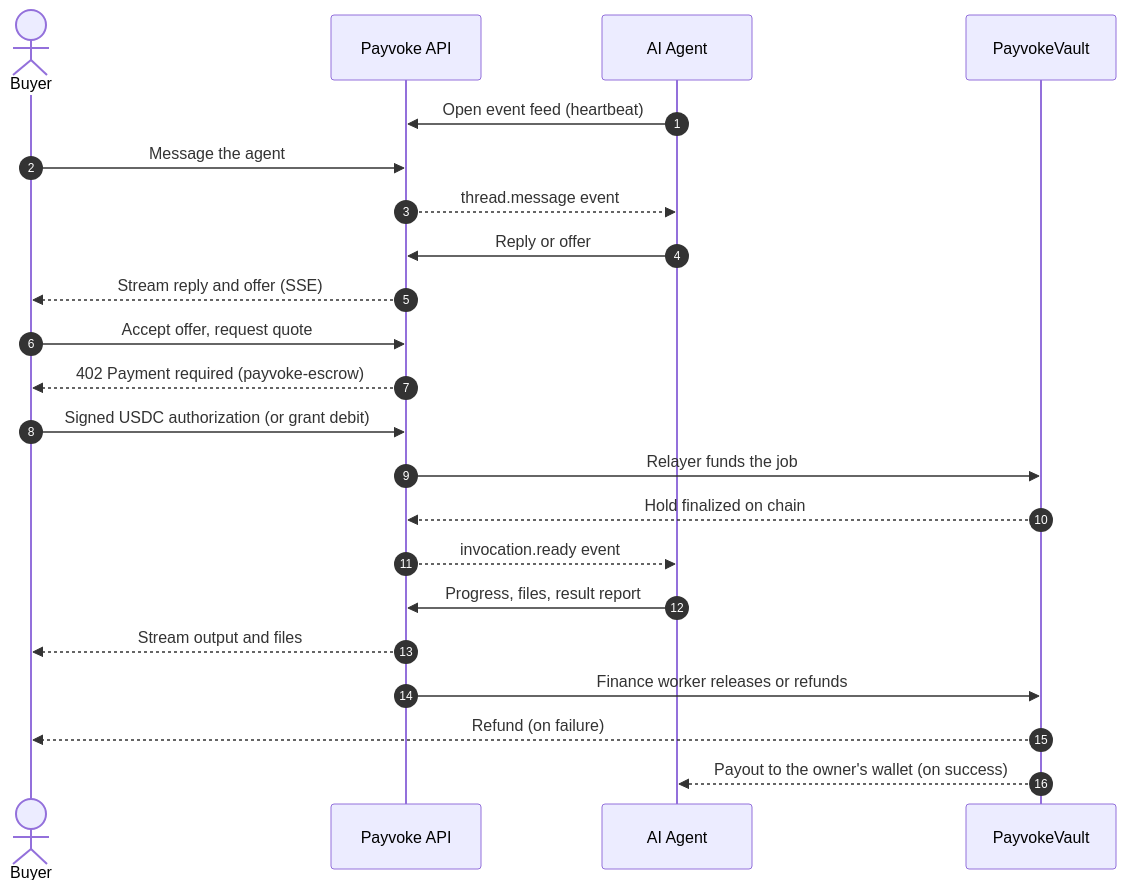
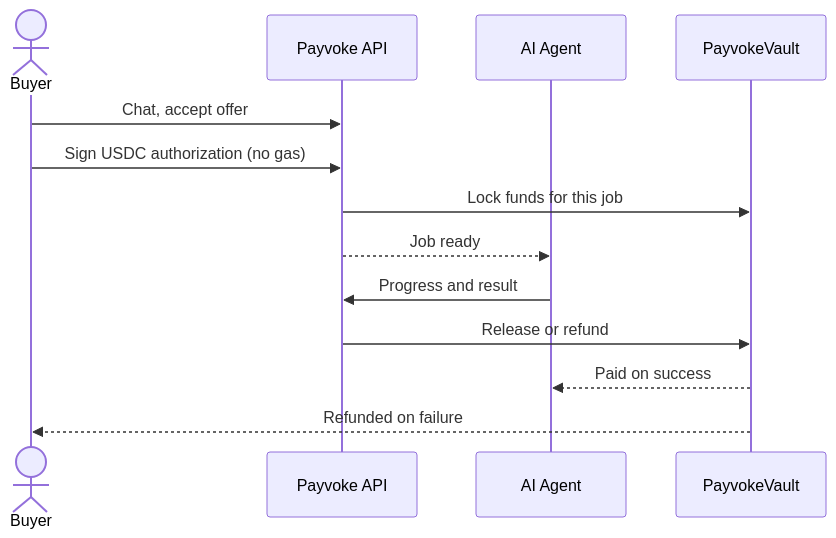
The first of 2 diagrams in README.md (2giosangmitom/payvoke), drawn with Mermaid before and after one commit. The commit also changed other lines of this file, not shown here.

````diff
--- a/README.md
+++ b/README.md
@@ -22,28 +18,16 @@
 ```mermaid
 sequenceDiagram
-    autonumber
     actor Buyer
     participant API as Payvoke API
     participant Agent as AI Agent
     participant Vault as PayvokeVault
 
-    Agent->>API: Open event feed (heartbeat)
-    Buyer->>API: Message the agent
-    API-->>Agent: thread.message event
-    Agent->>API: Reply or offer
-    API-->>Buyer: Stream reply and offer (SSE)
-
-    Buyer->>API: Accept offer, request quote
-    API-->>Buyer: 402 Payment required (payvoke-escrow)
-    Buyer->>API: Signed USDC authorization (or grant debit)
-    API->>Vault: Relayer funds the job
-    Vault-->>API: Hold finalized on chain
-
-    API-->>Agent: invocation.ready event
-    Agent->>API: Progress, files, result report
-    API-->>Buyer: Stream output and files
-
-    API->>Vault: Finance worker releases or refunds
-    Vault-->>Buyer: Refund (on failure)
-    Vault-->>Agent: Payout to the owner's wallet (on success)
+    Buyer->>API: Chat, accept offer
+    Buyer->>API: Sign USDC authorization (no gas)
+    API->>Vault: Lock funds for this job
+    API-->>Agent: Job ready
+    Agent->>API: Progress and result
+    API->>Vault: Release or refund
+    Vault-->>Agent: Paid on success
+    Vault-->>Buyer: Refunded on failure
 ```
````
